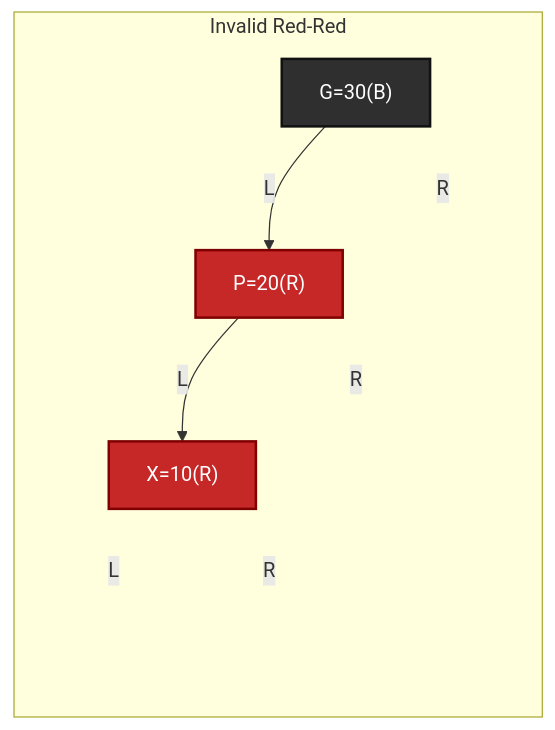
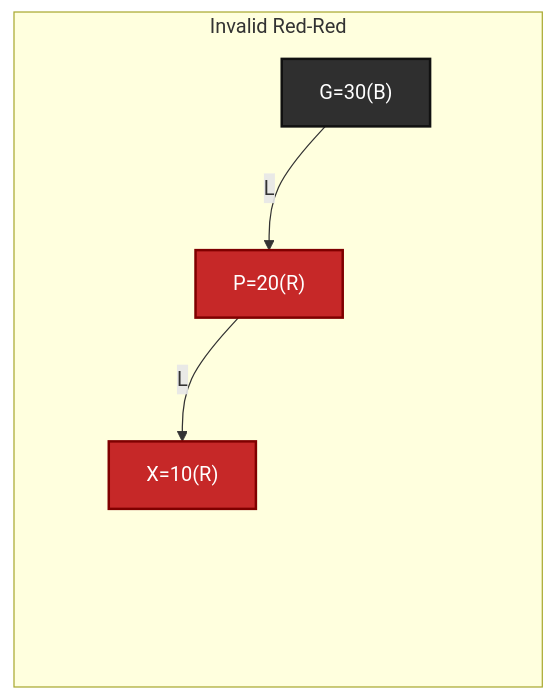
The first of 24 diagrams in knowledge/linux/data_structures/红黑树_rb-tree/P35_红黑插入与红红冲突上推.md (FormingSystem/linux_note), drawn with Mermaid before and after one commit. The commit also changed other lines of this file and 5 other files, not shown here.

````diff
--- a/knowledge/linux/data_structures/红黑树_rb-tree/P35_红黑插入与红红冲突上推.md
+++ b/knowledge/linux/data_structures/红黑树_rb-tree/P35_红黑插入与红红冲突上推.md
@@ -59,34 +59,34 @@
 ```mermaid
 graph LR
 	subgraph "Invalid Red-Red"
 		G["G=30(B)"]
 		P["P=20(R)"]
 		RG[" "]
 		X["X=10(R)"]
 		PG[" "]
 		XL[" "]
 		XR[" "]
 	end
 
 	G -->|"L"| P
-	G -->|"R"| RG
+	G --> RG
 
 	P -->|"L"| X
-	P -->|"R"| PG
+	P --> PG
 
-	X -->|"L"| XL
-	X -->|"R"| XR
+	X --> XL
+	X --> XR
 
 	classDef black fill:#2f2f2f,stroke:#111,color:#fff,stroke-width:2px;
 	classDef red fill:#c62828,stroke:#7f0000,color:#fff,stroke-width:2px;
 	classDef ghost fill:transparent,stroke:transparent,color:transparent;
 
 	class G black;
 	class P,X red;
 	class RG,PG,XL,XR ghost;
 
 	linkStyle 1 stroke:transparent;
 	linkStyle 3 stroke:transparent;
 	linkStyle 4 stroke:transparent;
 	linkStyle 5 stroke:transparent;
 ```
````
